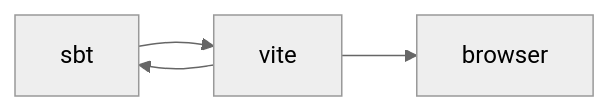
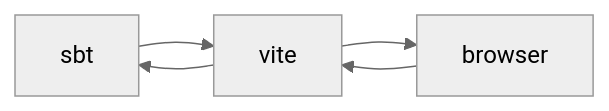
The second of 3 diagrams in _posts/2024-03-03-ESModules-At-Link-Time.md (Quafadas/Whimsy), drawn with Mermaid (neutral theme) before and after one commit. The commit also changed other lines of this file, not shown here.

```diff
--- a/_posts/2024-03-03-ESModules-At-Link-Time.md
+++ b/_posts/2024-03-03-ESModules-At-Link-Time.md
@@ -76,6 +76,8 @@
 <pre class="mermaid">
 flowchart LR
 sbt --> vite
 vite --> sbt
 vite --> browser
+browser --> vite
+
 </pre>
```
